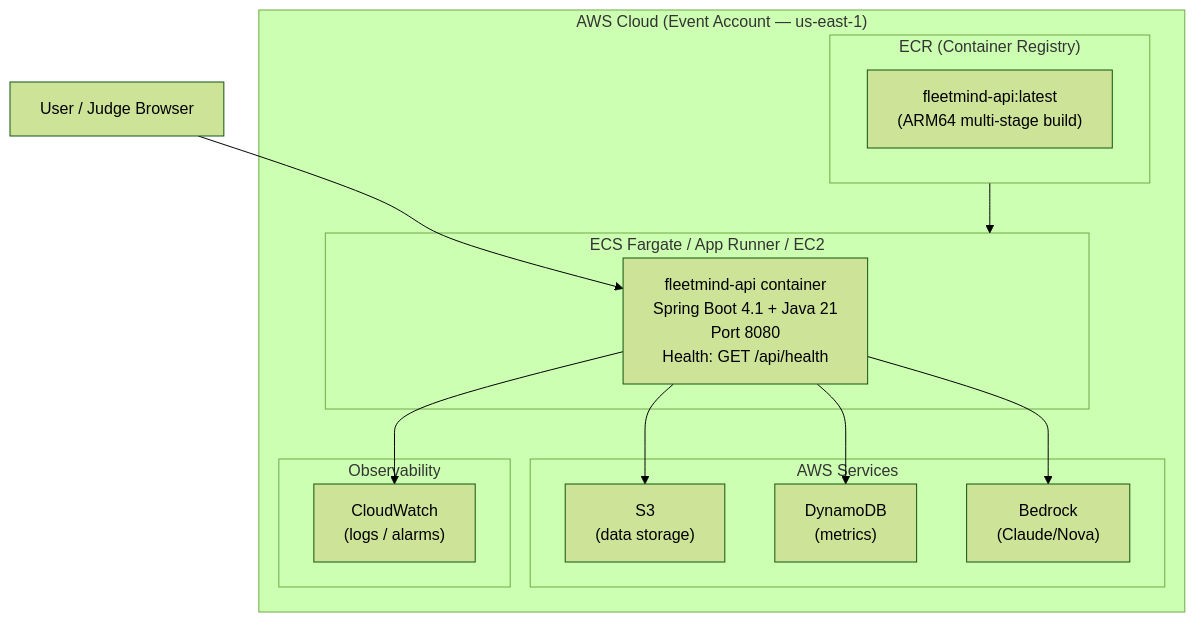
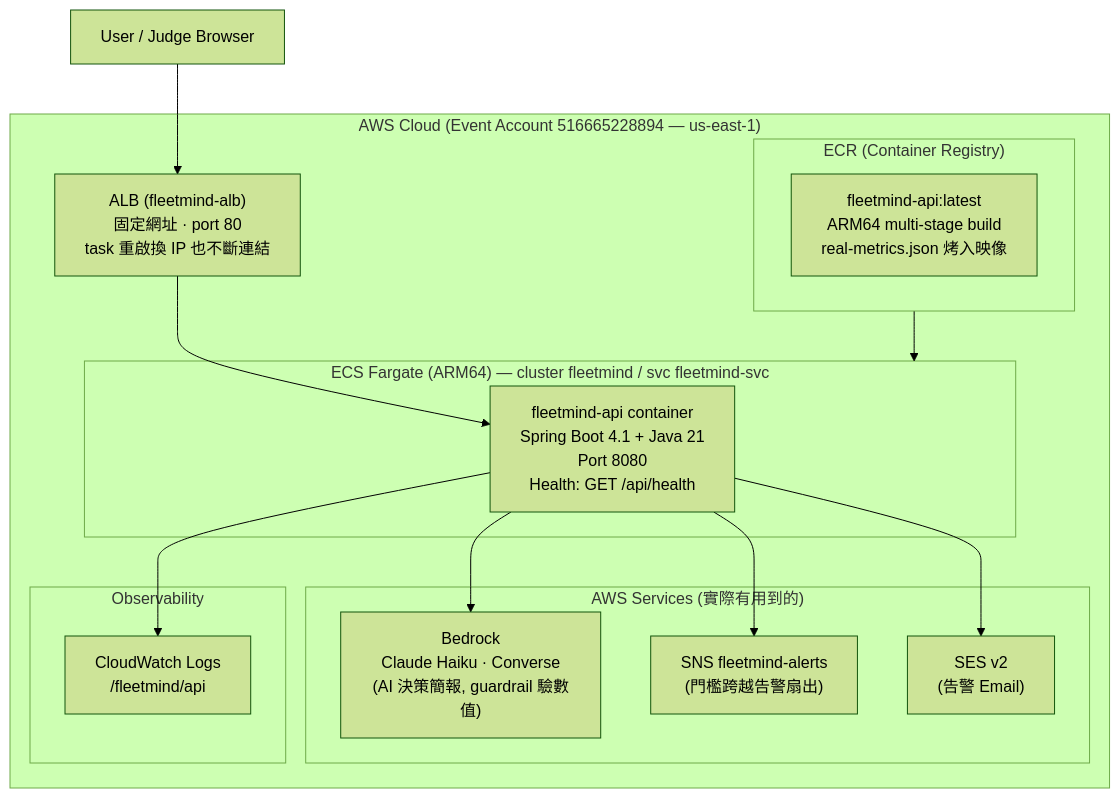
The fifth of 10 diagrams in ai-context/ARCHITECTURE_DIAGRAM.md (wsx5031060310guy/fleetmind-yang-ming-hackathon), drawn with Mermaid (forest theme) before and after one commit. The commit also changed other lines of this file, not shown here.

First paragraph of the commit message:
docs: correct the deployment diagram to the architecture actually running
This file is read by AI agents to understand the system, so a wrong diagram
here propagates into their work. Checked each claim against the code rather
than against memory; four were wrong.

````diff
--- a/ai-context/ARCHITECTURE_DIAGRAM.md
+++ b/ai-context/ARCHITECTURE_DIAGRAM.md
@@ -168,30 +171,33 @@
 ```mermaid
 graph TB
-    subgraph AWS["AWS Cloud (Event Account — us-east-1)"]
+    User["User / Judge Browser"] --> ALB
+
+    subgraph AWS["AWS Cloud (Event Account 516665228894 — us-east-1)"]
+        ALB["ALB (fleetmind-alb)<br/>固定網址 · port 80<br/>task 重啟換 IP 也不斷連結"]
+
         subgraph ECR["ECR (Container Registry)"]
-            Image["fleetmind-api:latest<br/>(ARM64 multi-stage build)"]
+            Image["fleetmind-api:latest<br/>ARM64 multi-stage build<br/>real-metrics.json 烤入映像"]
         end
 
-        subgraph Compute["ECS Fargate / App Runner / EC2"]
+        subgraph Compute["ECS Fargate (ARM64) — cluster fleetmind / svc fleetmind-svc"]
             Container["fleetmind-api container<br/>Spring Boot 4.1 + Java 21<br/>Port 8080<br/>Health: GET /api/health"]
         end
 
-        subgraph Services["AWS Services"]
-            S3["S3<br/>(data storage)"]
-            DynamoDB["DynamoDB<br/>(metrics)"]
-            BedrockSvc["Bedrock<br/>(Claude/Nova)"]
+        subgraph Services["AWS Services (實際有用到的)"]
+            BedrockSvc["Bedrock<br/>Claude Haiku · Converse<br/>(AI 決策簡報, guardrail 驗數值)"]
+            SNS["SNS fleetmind-alerts<br/>(門檻跨越告警扇出)"]
+            SES["SES v2<br/>(告警 Email)"]
         end
 
         subgraph Observability["Observability"]
-            CW["CloudWatch<br/>(logs / alarms)"]
+            CW["CloudWatch Logs<br/>/fleetmind/api"]
         end
 
         ECR --> Compute
-        Container --> S3
-        Container --> DynamoDB
+        ALB --> Container
         Container --> BedrockSvc
+        Container --> SNS
+        Container --> SES
         Container --> CW
     end
-
-    User["User / Judge Browser"] --> Container
 ```
````
